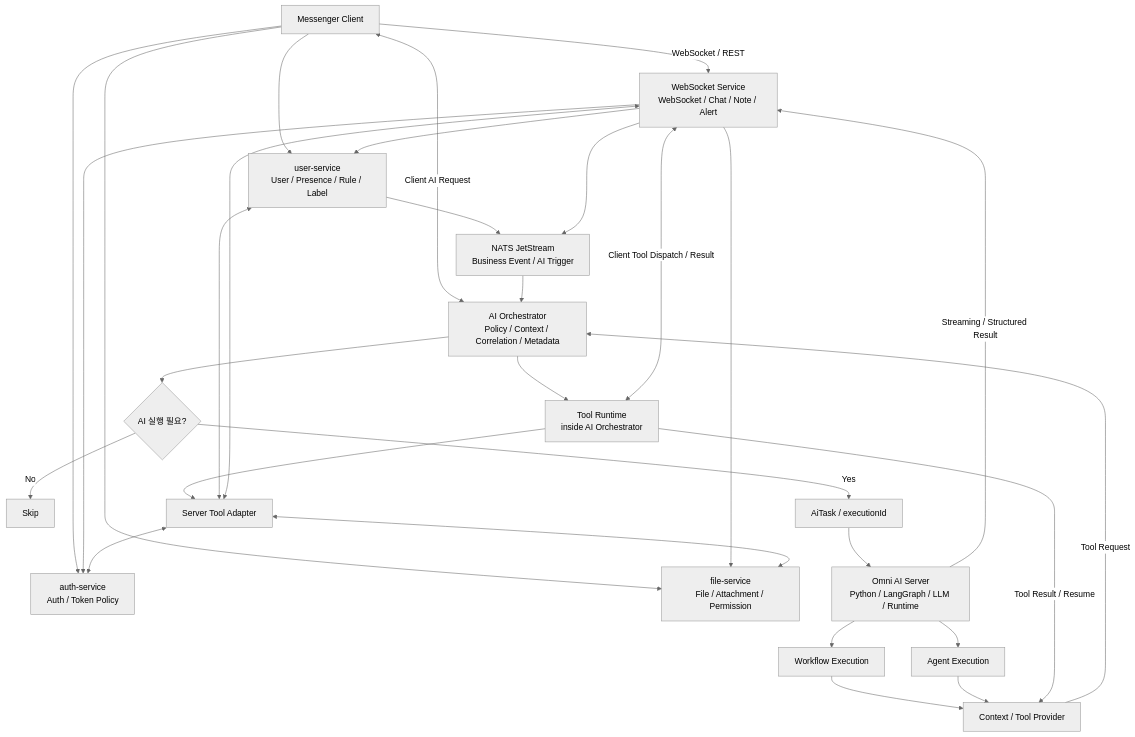
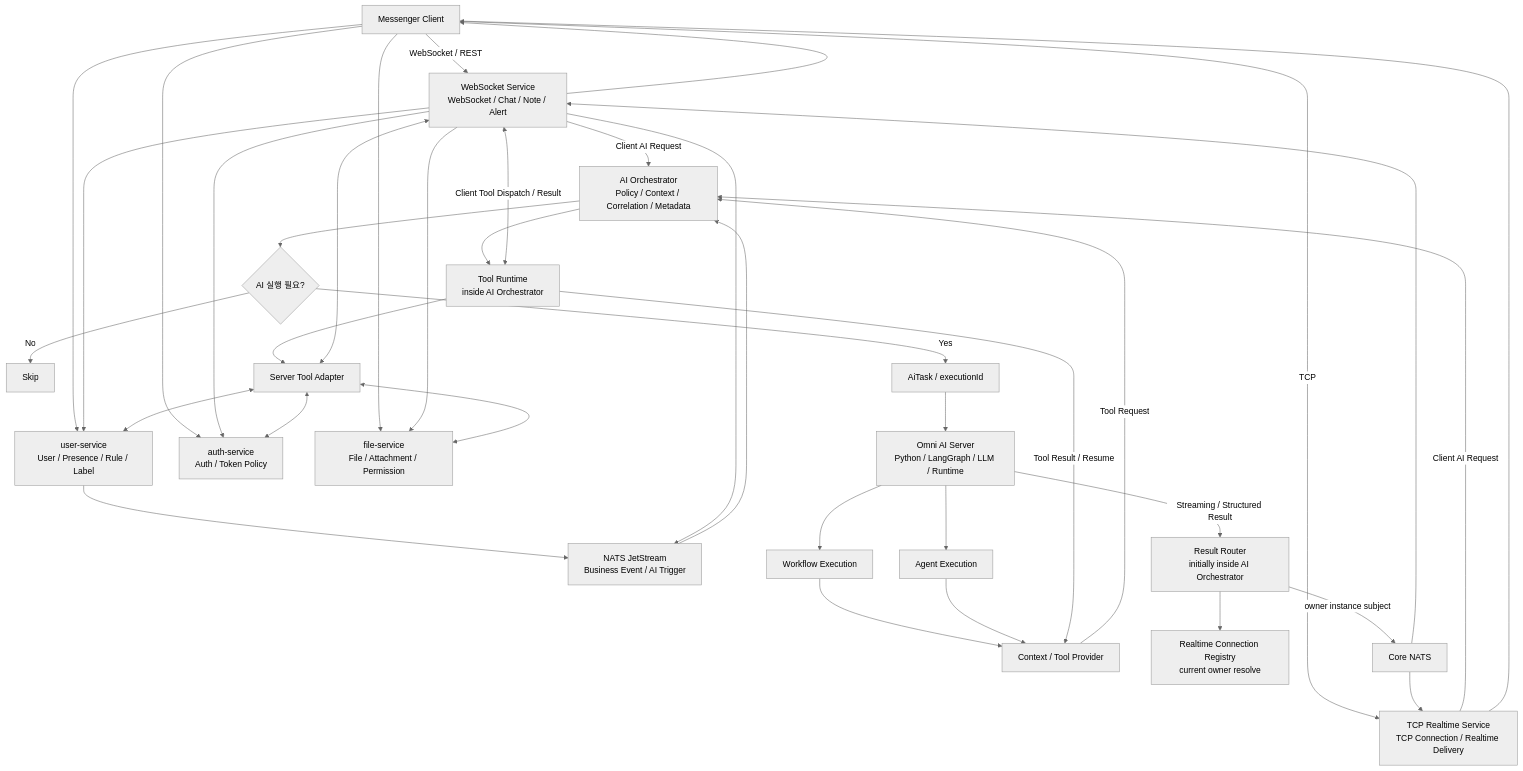
One commit to kipo3195/omni-ai-architecture changed the diagram in docs/architecture.md. Above: the diagram before and after it, drawn with Mermaid (neutral theme). The commit also changed other lines of this file and 8 other files, not shown here.

Commit message:
docs: 001-session-registry-result-routing.md 수정

````diff
--- a/docs/architecture.md
+++ b/docs/architecture.md
@@ -21,37 +21,45 @@
 ```mermaid
 flowchart TD
     A[Messenger Client] -->|WebSocket / REST| B[WebSocket Service<br/>WebSocket / Chat / Note / Alert]
-    A <-->|Client AI Request| G[AI Orchestrator<br/>Policy / Context / Correlation / Metadata]
+    A -->|TCP| T[TCP Realtime Service<br/>TCP Connection / Realtime Delivery]
+    B -->|Client AI Request| G[AI Orchestrator<br/>Policy / Context / Correlation / Metadata]
+    T -->|Client AI Request| G
     A --> C[user-service<br/>User / Presence / Rule / Label]
     A --> D[auth-service<br/>Auth / Token Policy]
     A --> E[file-service<br/>File / Attachment / Permission]
 
     B --> C[user-service<br/>User / Presence / Rule / Label]
     B --> D[auth-service<br/>Auth / Token Policy]
     B --> E[file-service<br/>File / Attachment / Permission]
 
     C --> F[NATS JetStream<br/>Business Event / AI Trigger]
     B --> F
     F --> G
 
     G --> H{AI 실행 필요?}
     H -- No --> I[Skip]
     H -- Yes --> J[AiTask / executionId]
     J --> K[Omni AI Server<br/>Python / LangGraph / LLM / Runtime]
 
     K --> L[Workflow Execution]
     K --> M[Agent Execution]
     L --> N[Context / Tool Provider]
     M --> N
     N -->|Tool Request| G
     G --> O[Tool Runtime<br/>inside AI Orchestrator]
     O --> V[Server Tool Adapter]
     V <--> C
     V <--> D
     V <--> E
     V <--> B
     O <-->|Client Tool Dispatch / Result| B
     O -->|Tool Result / Resume| N
 
-    K -->|Streaming / Structured Result| B
+    K -->|Streaming / Structured Result| R[Result Router<br/>initially inside AI Orchestrator]
+    R --> Q[Realtime Connection Registry<br/>current owner resolve]
+    R -->|owner instance subject| P[Core NATS]
+    P --> B
+    P --> T
+    B --> A
+    T --> A
 ```
````
